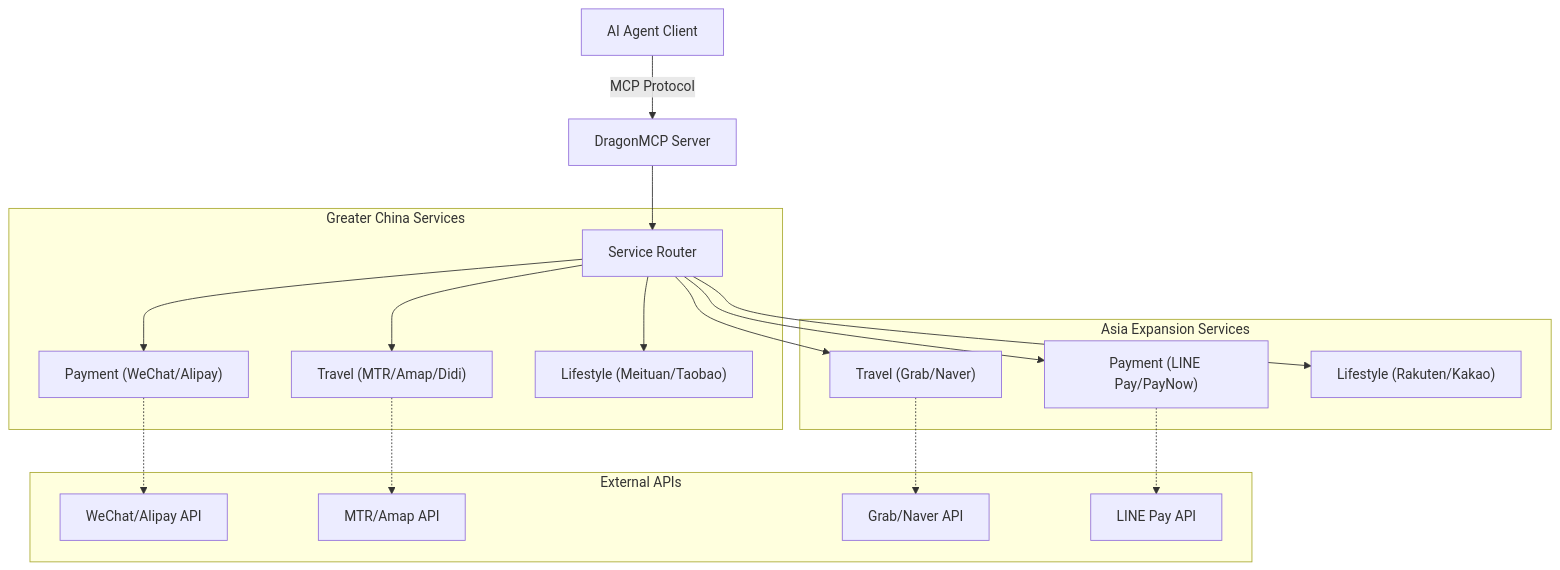
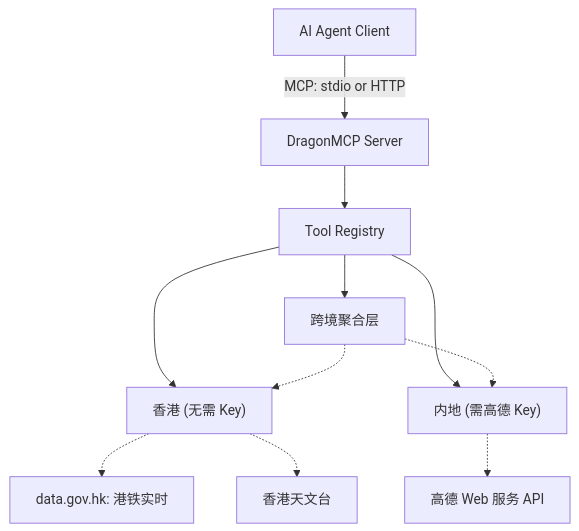
One commit to arthurpanhku/DragonMCP changed the diagram in README_zh-CN.md. Above: the diagram before and after it, drawn with Mermaid. The commit also changed other lines of this file and 35 other files, not shown here.

````diff
--- a/README_zh-CN.md
+++ b/README_zh-CN.md
@@ -82,24 +143,15 @@
 ```mermaid
 graph TD
-    A[AI Agent Client] -->|MCP Protocol| B[DragonMCP Server]
-    B --> C[Service Router]
-    
-    subgraph "Greater China Services"
-        C --> D["Payment (WeChat/Alipay)"]
-        C --> E["Travel (MTR/Amap/Didi)"]
-        C --> F["Lifestyle (Meituan/Taobao)"]
-    end
+    A[AI Agent Client] -->|MCP: stdio or HTTP| B[DragonMCP Server]
+    B --> C[Tool Registry]
 
-    subgraph "Asia Expansion Services"
-        C --> G["Travel (Grab/Naver)"]
-        C --> H["Payment (LINE Pay/PayNow)"]
-        C --> I["Lifestyle (Rakuten/Kakao)"]
-    end
-    
-    subgraph "External APIs"
-        D -.-> J[WeChat/Alipay API]
-        E -.-> K[MTR/Amap API]
-        G -.-> L[Grab/Naver API]
-        H -.-> M[LINE Pay API]
-    end
+    C --> D["香港 (无需 Key)"]
+    C --> E["内地 (需高德 Key)"]
+    C --> F["跨境聚合层"]
+
+    D -.-> G[data.gov.hk: 港铁实时]
+    D -.-> H[香港天文台]
+    E -.-> I[高德 Web 服务 API]
+    F -.-> D
+    F -.-> E
 ```
````
